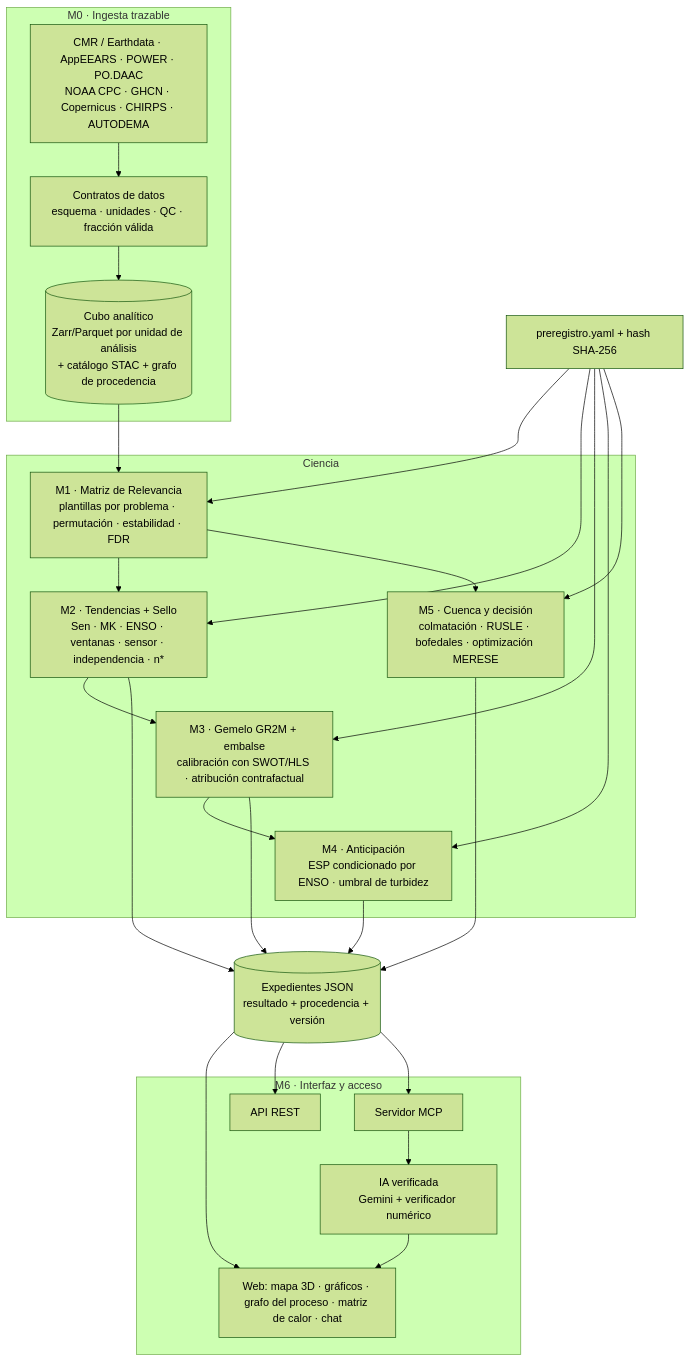
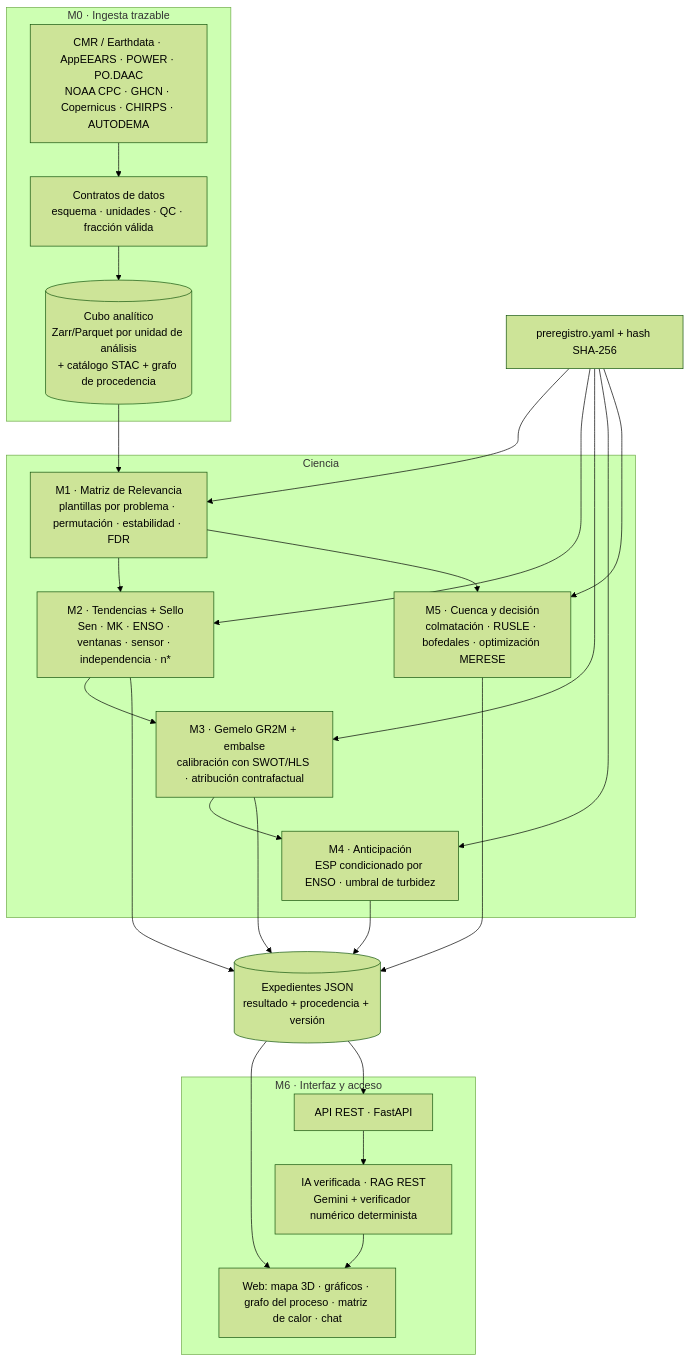
One commit to OwerLopez/terraverdict changed the diagram in readme.md. Above: the diagram before and after it, drawn with Mermaid (forest theme). The commit also changed other lines of this file and 60 other files, not shown here.

````diff
--- a/readme.md
+++ b/readme.md
@@ -150,26 +150,26 @@
 ```mermaid
 flowchart TB
     subgraph M0["M0 · Ingesta trazable"]
         SRC[CMR / Earthdata · AppEEARS · POWER · PO.DAAC<br/>NOAA CPC · GHCN · Copernicus · CHIRPS · AUTODEMA]
         SRC --> CT[Contratos de datos<br/>esquema · unidades · QC · fracción válida]
         CT --> CUBE[(Cubo analítico<br/>Zarr/Parquet por unidad de análisis<br/>+ catálogo STAC + grafo de procedencia)]
     end
     subgraph Ciencia
         M1[M1 · Matriz de Relevancia<br/>plantillas por problema · permutación · estabilidad · FDR]
         M2[M2 · Tendencias + Sello<br/>Sen · MK · ENSO · ventanas · sensor · independencia · n*]
         M3[M3 · Gemelo GR2M + embalse<br/>calibración con SWOT/HLS · atribución contrafactual]
         M4[M4 · Anticipación<br/>ESP condicionado por ENSO · umbral de turbidez]
         M5[M5 · Cuenca y decisión<br/>colmatación · RUSLE · bofedales · optimización MERESE]
     end
     PRE[preregistro.yaml + hash SHA-256] --> M1 & M2 & M3 & M4 & M5
     CUBE --> M1 --> M2 --> M3 --> M4
     M1 --> M5
     M2 & M3 & M4 & M5 --> EXP[(Expedientes JSON<br/>resultado + procedencia + versión)]
     subgraph M6["M6 · Interfaz y acceso"]
         UI[Web: mapa 3D · gráficos · grafo del proceso · matriz de calor · chat]
-        API[API REST] & MCP[Servidor MCP]
-        IA[IA verificada<br/>Gemini + verificador numérico]
+        API[API REST · FastAPI]
+        IA[IA verificada · RAG REST<br/>Gemini + verificador numérico determinista]
     end
-    EXP --> UI & API & MCP
-    MCP --> IA --> UI
+    EXP --> UI & API
+    API --> IA --> UI
 ```
````
